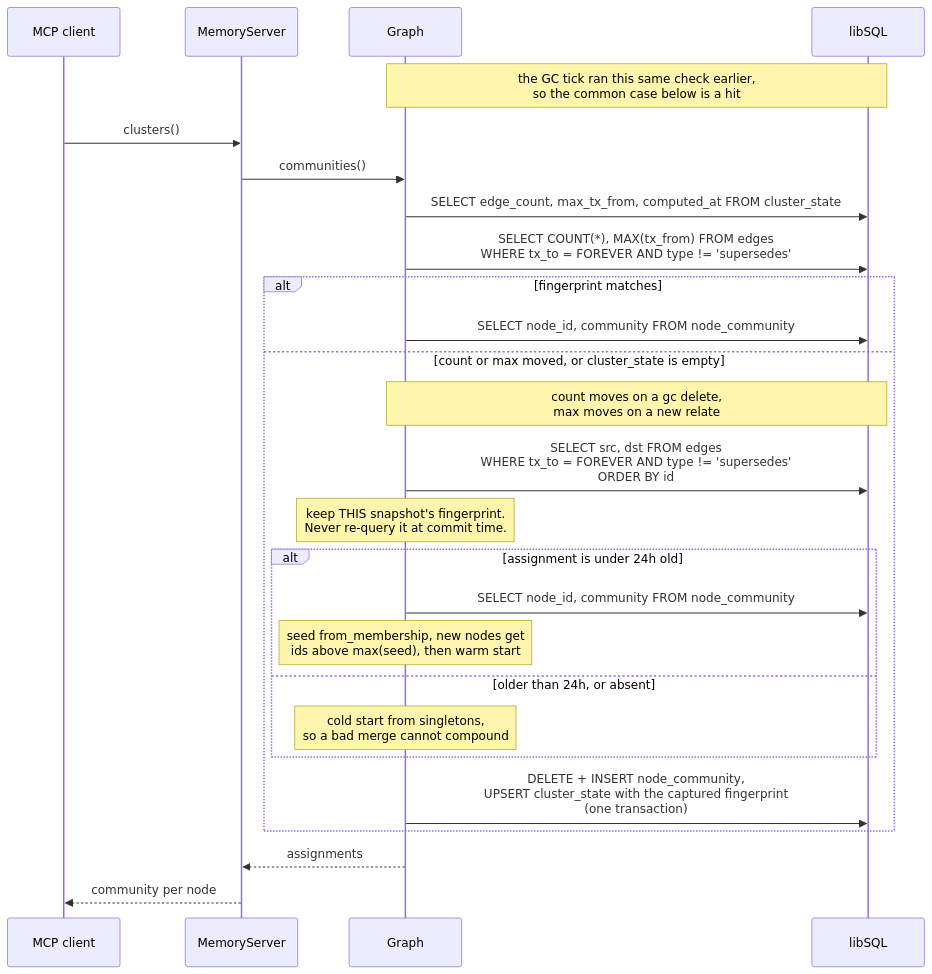
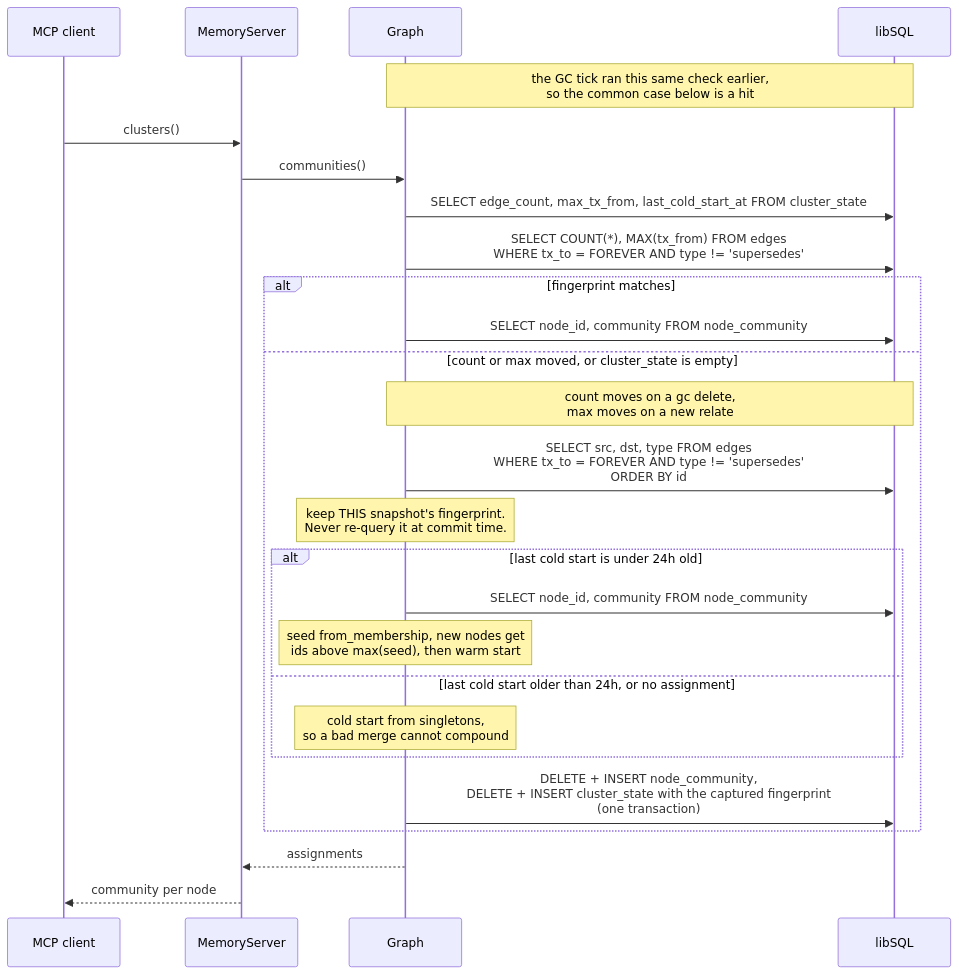
Before and after one commit to protocortex/liam: the third of 3 diagrams in docs/adr/0002-cluster-recompute-cadence.md, drawn with Mermaid. The commit also changed other lines of this file and 1 other file, not shown here.

````diff
--- a/docs/adr/0002-cluster-recompute-cadence.md
+++ b/docs/adr/0002-cluster-recompute-cadence.md
@@ -395,34 +402,34 @@
 ```mermaid
 sequenceDiagram
     participant Client as MCP client
     participant Server as MemoryServer
     participant Graph as Graph
     participant DB as libSQL
 
     Note over Graph,DB: the GC tick ran this same check earlier,<br/>so the common case below is a hit
 
     Client->>Server: clusters()
     Server->>Graph: communities()
-    Graph->>DB: SELECT edge_count, max_tx_from, computed_at FROM cluster_state
+    Graph->>DB: SELECT edge_count, max_tx_from, last_cold_start_at FROM cluster_state
     Graph->>DB: SELECT COUNT(*), MAX(tx_from) FROM edges<br/>WHERE tx_to = FOREVER AND type != 'supersedes'
 
     alt fingerprint matches
         Graph->>DB: SELECT node_id, community FROM node_community
     else count or max moved, or cluster_state is empty
         Note over Graph,DB: count moves on a gc delete,<br/>max moves on a new relate
-        Graph->>DB: SELECT src, dst FROM edges<br/>WHERE tx_to = FOREVER AND type != 'supersedes'<br/>ORDER BY id
+        Graph->>DB: SELECT src, dst, type FROM edges<br/>WHERE tx_to = FOREVER AND type != 'supersedes'<br/>ORDER BY id
         Note over Graph: keep THIS snapshot's fingerprint.<br/>Never re-query it at commit time.
 
-        alt assignment is under 24h old
+        alt last cold start is under 24h old
             Graph->>DB: SELECT node_id, community FROM node_community
             Note over Graph: seed from_membership, new nodes get<br/>ids above max(seed), then warm start
-        else older than 24h, or absent
+        else last cold start older than 24h, or no assignment
             Note over Graph: cold start from singletons,<br/>so a bad merge cannot compound
         end
 
-        Graph->>DB: DELETE + INSERT node_community,<br/>UPSERT cluster_state with the captured fingerprint<br/>(one transaction)
+        Graph->>DB: DELETE + INSERT node_community,<br/>DELETE + INSERT cluster_state with the captured fingerprint<br/>(one transaction)
     end
 
     Graph-->>Server: assignments
     Server-->>Client: community per node
 ```
````
